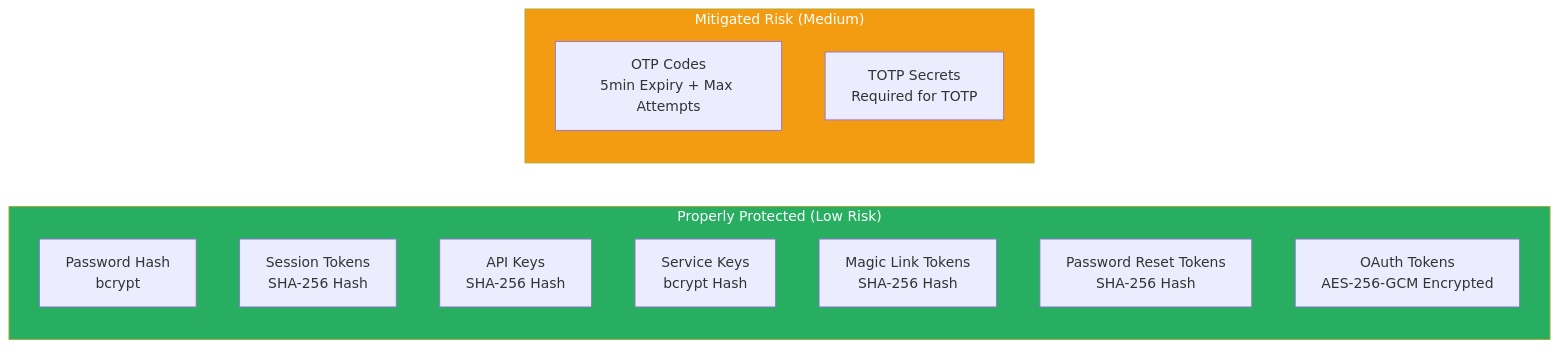
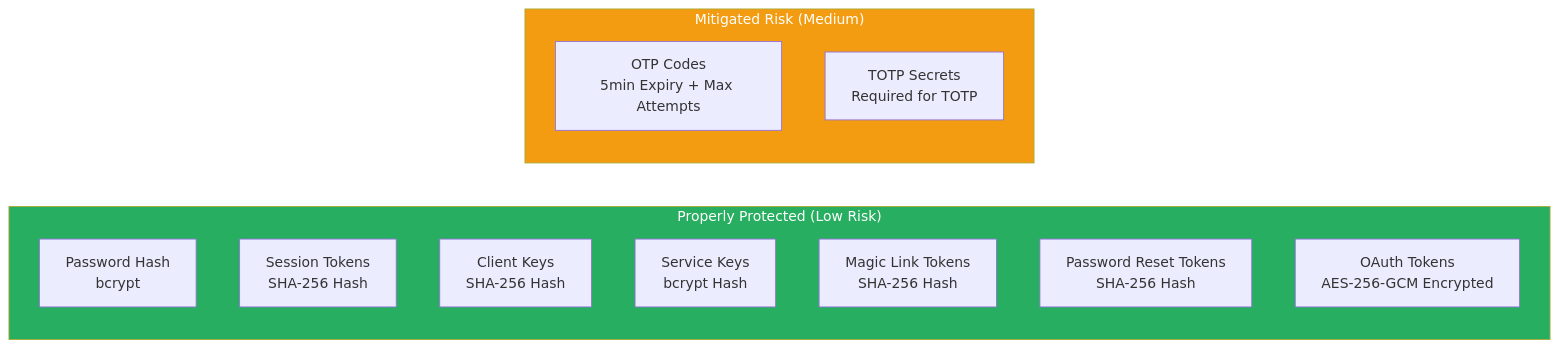
Before and after one commit to wayli-app/fluxbase: the third of 5 diagrams in docs/src/content/docs/security/endpoint-protection.md, drawn with Mermaid. The commit also changed other lines of this file and 46 other files, not shown here.

````diff
--- a/docs/src/content/docs/security/endpoint-protection.md
+++ b/docs/src/content/docs/security/endpoint-protection.md
@@ -600,20 +600,20 @@
 ```mermaid
 flowchart LR
     subgraph Secure["Properly Protected (Low Risk)"]
         PW[Password Hash<br/>bcrypt]
         SESS[Session Tokens<br/>SHA-256 Hash]
-        APIK[API Keys<br/>SHA-256 Hash]
+        CK[Client Keys<br/>SHA-256 Hash]
         SVCK[Service Keys<br/>bcrypt Hash]
         MAGIC[Magic Link Tokens<br/>SHA-256 Hash]
         RESET[Password Reset Tokens<br/>SHA-256 Hash]
         OAUTH[OAuth Tokens<br/>AES-256-GCM Encrypted]
     end
 
     subgraph Medium["Mitigated Risk (Medium)"]
         OTP[OTP Codes<br/>5min Expiry + Max Attempts]
         TOTP[TOTP Secrets<br/>Required for TOTP]
     end
 
     style Secure fill:#27ae60,color:#fff
     style Medium fill:#f39c12,color:#fff
 ```
````
